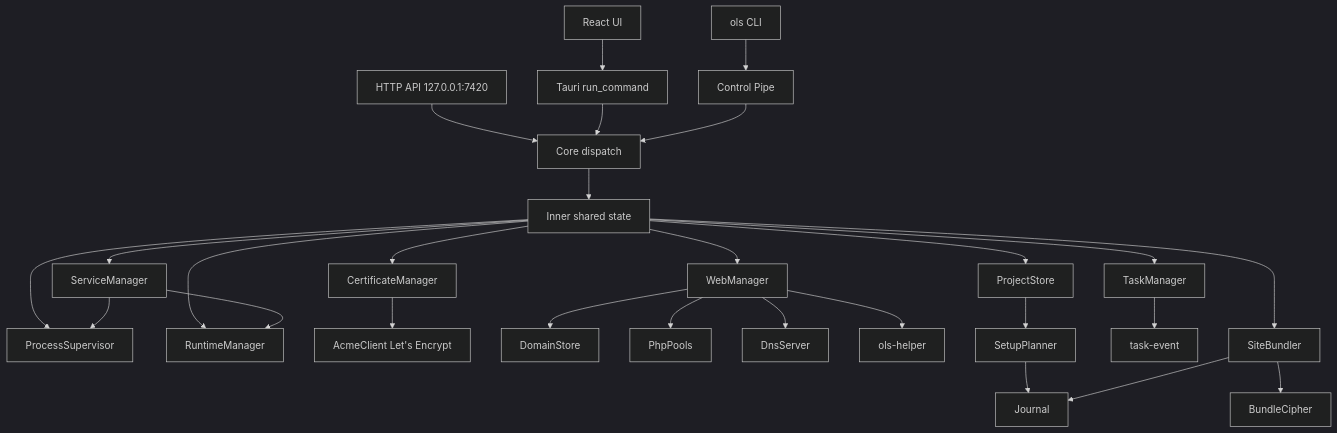
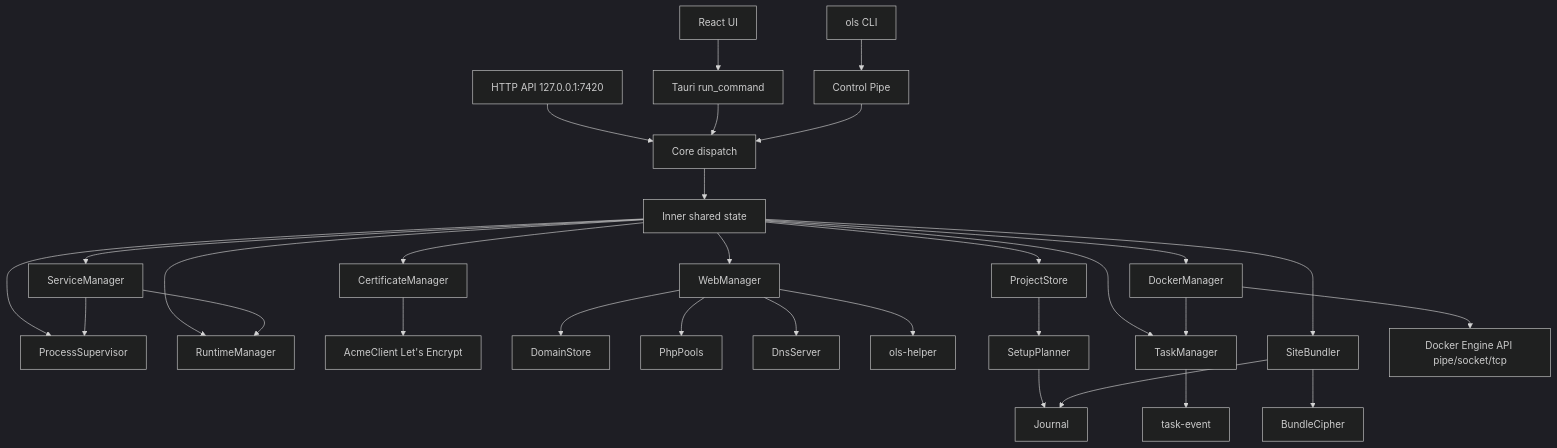
One commit to kz370/OpenLocalServer changed the diagram in specs/diagrams/architecture.mmd. Above: the diagram before and after it, drawn with Mermaid (dark theme). The commit also changed 34 other files, not shown here.

```diff
--- a/specs/diagrams/architecture.mmd
+++ b/specs/diagrams/architecture.mmd
@@ -1,27 +1,30 @@
 graph TB
   UI[React UI] --> IPC[Tauri run_command]
   CLI[ols CLI] --> PIPE[Control Pipe]
   API[HTTP API 127.0.0.1:7420] --> CORE[Core dispatch]
   IPC --> CORE
   PIPE --> CORE
   CORE --> INNER[Inner shared state]
   INNER --> PROC[ProcessSupervisor]
   INNER --> RT[RuntimeManager]
   INNER --> SVC[ServiceManager]
   INNER --> WEB[WebManager]
   INNER --> PROJ[ProjectStore]
   INNER --> CERT[CertificateManager]
   CERT --> ACME[AcmeClient Let's Encrypt]
   WEB --> DOM[DomainStore]
   WEB --> PHP[PhpPools]
   WEB --> DNS[DnsServer]
   WEB --> HELP[ols-helper]
   SVC --> RT
   SVC --> PROC
   PROJ --> SETUP[SetupPlanner]
   SETUP --> JOUR[Journal]
   INNER --> TASKS[TaskManager]
   TASKS --> TEVENT[task-event]
   INNER --> BUNDLE[SiteBundler]
   BUNDLE --> CRYPTO[BundleCipher]
   BUNDLE --> JOUR
+  INNER --> DOCKER[DockerManager]
+  DOCKER --> ENGINE[Docker Engine API pipe/socket/tcp]
+  DOCKER --> TASKS
```
